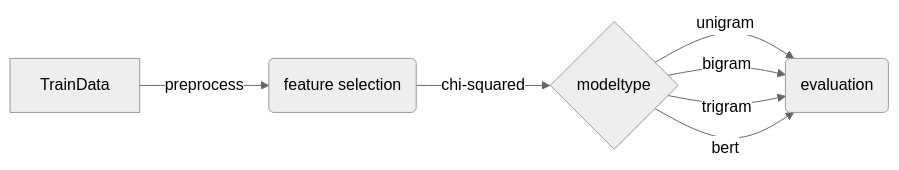
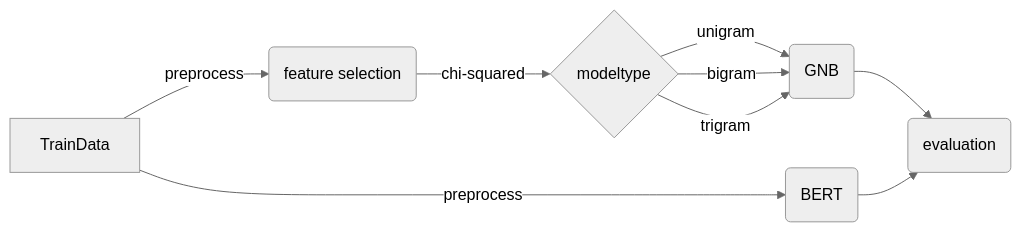
One commit to XuAnn175/AI-Final changed the third of 3 diagrams in README.md. Above: the diagram before and after it, drawn with Mermaid (neutral theme). The commit also changed other lines of this file, not shown here.

````diff
--- a/README.md
+++ b/README.md
@@ -60,9 +56,11 @@
 ```mermaid
 graph LR
     A[TrainData] -->|preprocess|B(feature selection)
+    A[TrainData] -->|preprocess|K(BERT)
     B --> |chi-squared|C{modeltype}
-    C --> |unigram|H(evaluation)
-    C --> |bigram|H(evaluation)
-    C --> |trigram|H(evaluation)
-    C --> |bert|H(evaluation)
+    C --> |unigram|H(GNB)
+    C --> |bigram|H(GNB)
+    C --> |trigram|H(GNB)
+    H --> G(evaluation)
+    K --> G
 ```
````
